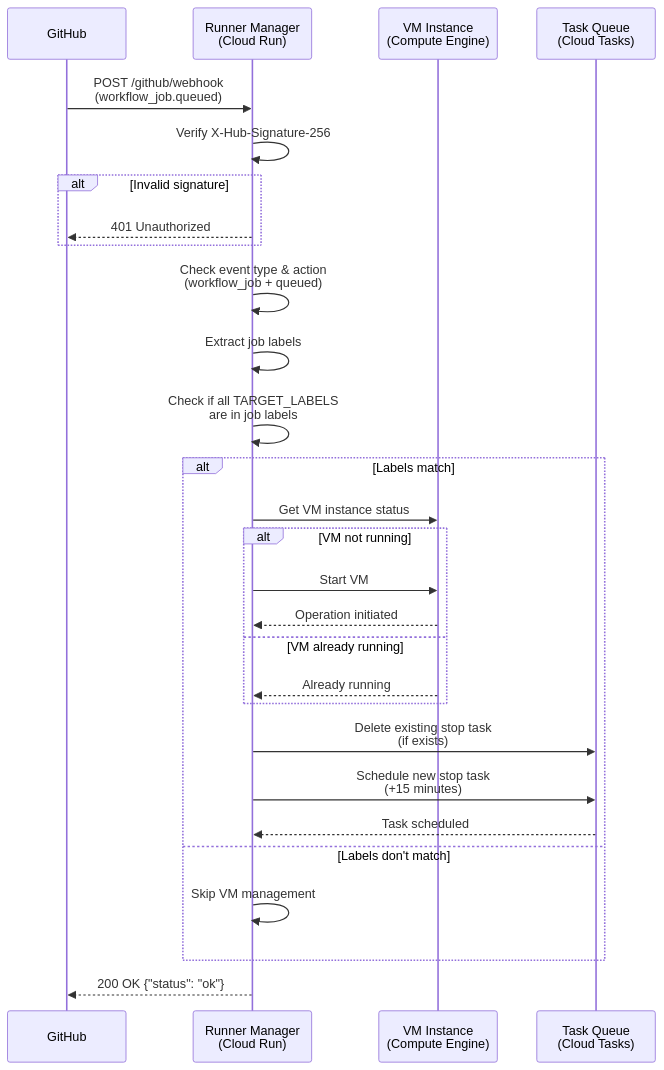
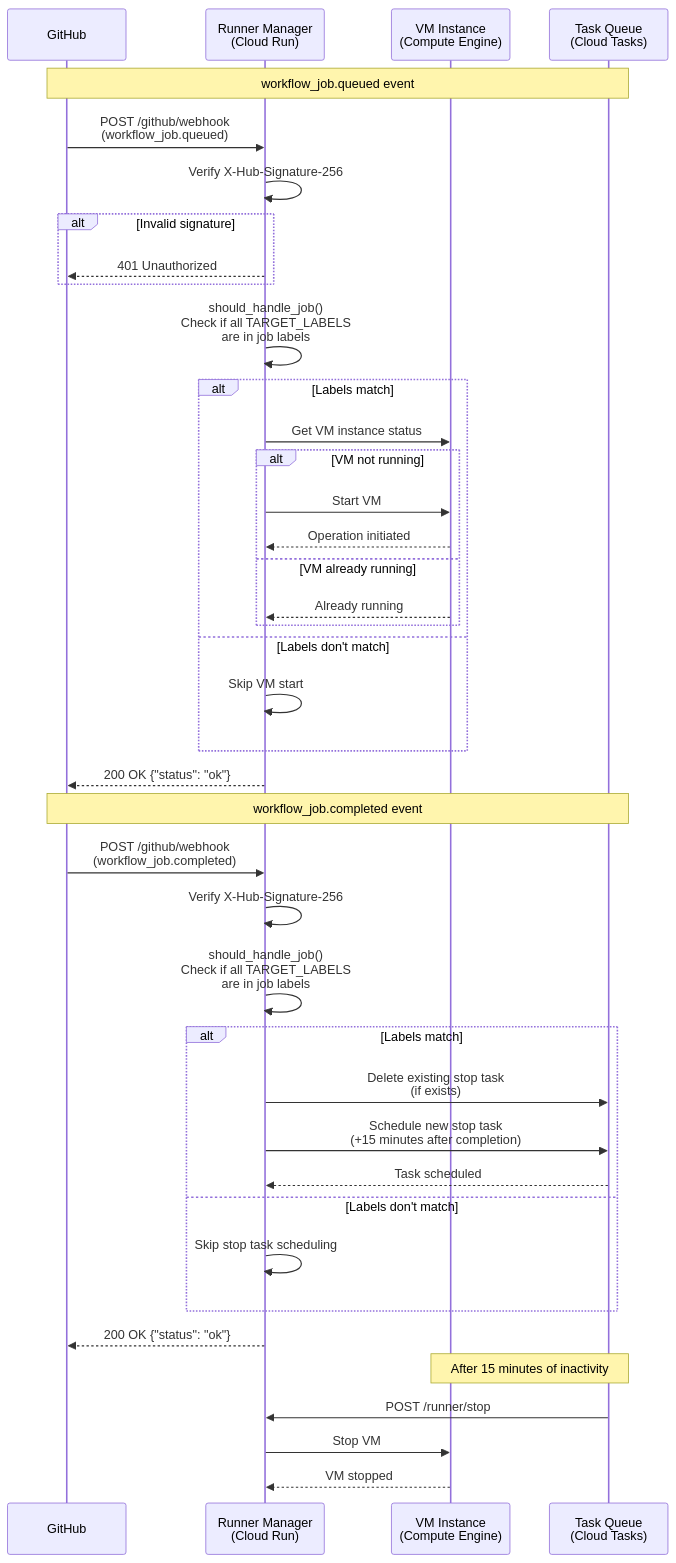
One commit to nakamasato/gha-vm-self-hosted-runner changed the second of 2 diagrams in app/runner-manager/README.md. Above: the diagram before and after it, drawn with Mermaid. The commit also changed other lines of this file and 1 other file, not shown here.

First line of the commit message:
Schedule stop task on job completion instead of queued

````diff
--- a/app/runner-manager/README.md
+++ b/app/runner-manager/README.md
@@ -77,37 +90,52 @@
 ```mermaid
 sequenceDiagram
     participant GitHub
     participant CloudRun as Runner Manager<br/>(Cloud Run)
     participant ComputeEngine as VM Instance<br/>(Compute Engine)
     participant CloudTasks as Task Queue<br/>(Cloud Tasks)
 
+    Note over GitHub,CloudTasks: workflow_job.queued event
     GitHub->>CloudRun: POST /github/webhook<br/>(workflow_job.queued)
     CloudRun->>CloudRun: Verify X-Hub-Signature-256
 
     alt Invalid signature
         CloudRun-->>GitHub: 401 Unauthorized
     end
 
-    CloudRun->>CloudRun: Check event type & action<br/>(workflow_job + queued)
-    CloudRun->>CloudRun: Extract job labels
-    CloudRun->>CloudRun: Check if all TARGET_LABELS<br/>are in job labels
+    CloudRun->>CloudRun: should_handle_job()<br/>Check if all TARGET_LABELS<br/>are in job labels
 
     alt Labels match
         CloudRun->>ComputeEngine: Get VM instance status
 
         alt VM not running
             CloudRun->>ComputeEngine: Start VM
             ComputeEngine-->>CloudRun: Operation initiated
         else VM already running
             ComputeEngine-->>CloudRun: Already running
         end
-
-        CloudRun->>CloudTasks: Delete existing stop task<br/>(if exists)
-        CloudRun->>CloudTasks: Schedule new stop task<br/>(+15 minutes)
-        CloudTasks-->>CloudRun: Task scheduled
     else Labels don't match
-        CloudRun->>CloudRun: Skip VM management
+        CloudRun->>CloudRun: Skip VM start
     end
 
     CloudRun-->>GitHub: 200 OK {"status": "ok"}
+
+    Note over GitHub,CloudTasks: workflow_job.completed event
+    GitHub->>CloudRun: POST /github/webhook<br/>(workflow_job.completed)
+    CloudRun->>CloudRun: Verify X-Hub-Signature-256
+    CloudRun->>CloudRun: should_handle_job()<br/>Check if all TARGET_LABELS<br/>are in job labels
+
+    alt Labels match
+        CloudRun->>CloudTasks: Delete existing stop task<br/>(if exists)
+        CloudRun->>CloudTasks: Schedule new stop task<br/>(+15 minutes after completion)
+        CloudTasks-->>CloudRun: Task scheduled
+    else Labels don't match
+        CloudRun->>CloudRun: Skip stop task scheduling
+    end
+
+    CloudRun-->>GitHub: 200 OK {"status": "ok"}
+
+    Note over CloudTasks,ComputeEngine: After 15 minutes of inactivity
+    CloudTasks->>CloudRun: POST /runner/stop
+    CloudRun->>ComputeEngine: Stop VM
+    ComputeEngine-->>CloudRun: VM stopped
 ```
````
